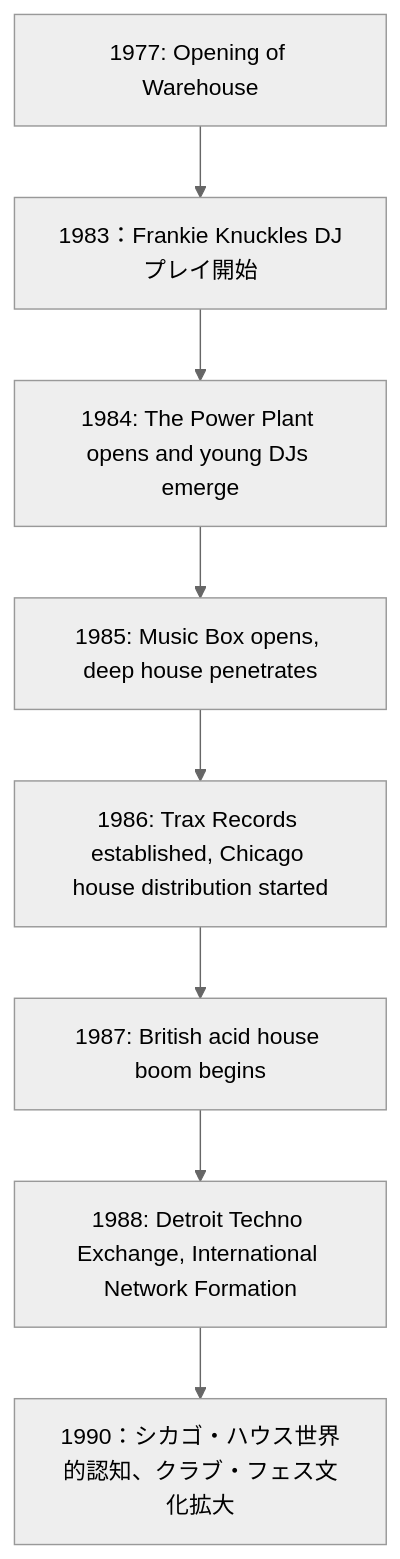
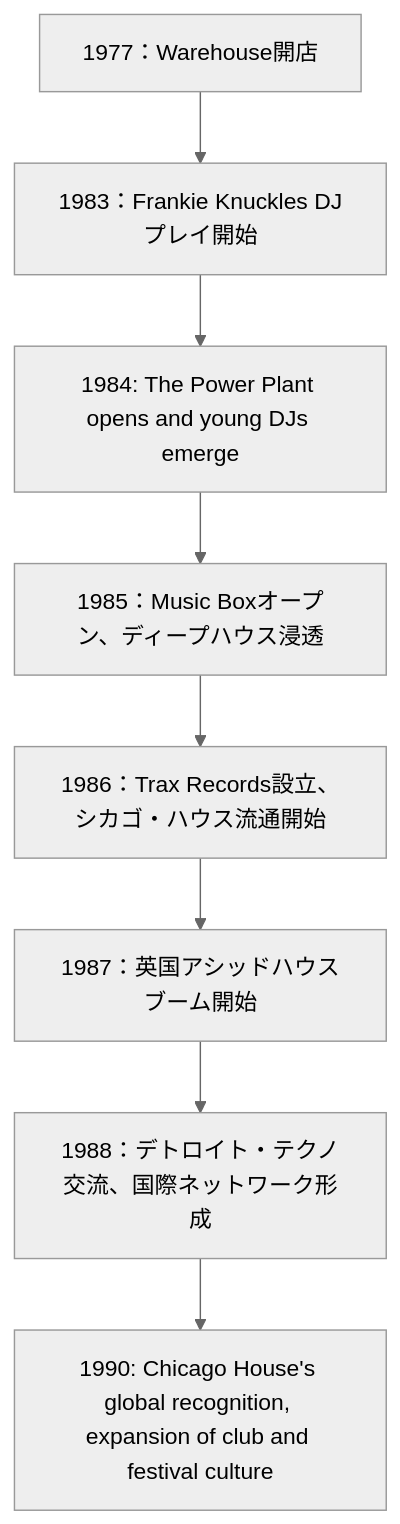
One commit to monumental-movement/monumental-movement.github.io changed the diagram in en/_posts/2025-10-11-Colum-Chicago-House.md. Above: the diagram before and after it, drawn with Mermaid (neutral theme). The commit also changed other lines of this file and 2196 other files, not shown here.

```diff
--- a/en/_posts/2025-10-11-Colum-Chicago-House.md
+++ b/en/_posts/2025-10-11-Colum-Chicago-House.md
@@ -165,12 +165,12 @@
 <div class="mermaid">
 
 flowchart TD
-    A1977["1977: Opening of Warehouse"] --> B1983["1983：Frankie Knuckles DJプレイ開始"]
+    A1977["1977：Warehouse開店"] --> B1983["1983：Frankie Knuckles DJプレイ開始"]
     B1983 --> C1984["1984: The Power Plant opens and young DJs emerge"]
-    C1984 --> D1985["1985: Music Box opens, deep house penetrates"]
-    D1985 --> E1986["1986: Trax Records established, Chicago house distribution started"]
-    E1986 --> F1987["1987: British acid house boom begins"]
-    F1987 --> G1988["1988: Detroit Techno Exchange, International Network Formation"]
-    G1988 --> H1990["1990：シカゴ・ハウス世界的認知、クラブ・フェス文化拡大"]
+    C1984 --> D1985["1985：Music Boxオープン、ディープハウス浸透"]
+    D1985 --> E1986["1986：Trax Records設立、シカゴ・ハウス流通開始"]
+    E1986 --> F1987["1987：英国アシッドハウスブーム開始"]
+    F1987 --> G1988["1988：デトロイト・テクノ交流、国際ネットワーク形成"]
+    G1988 --> H1990["1990: Chicago House's global recognition, expansion of club and festival culture"]
 
 </div>
```
